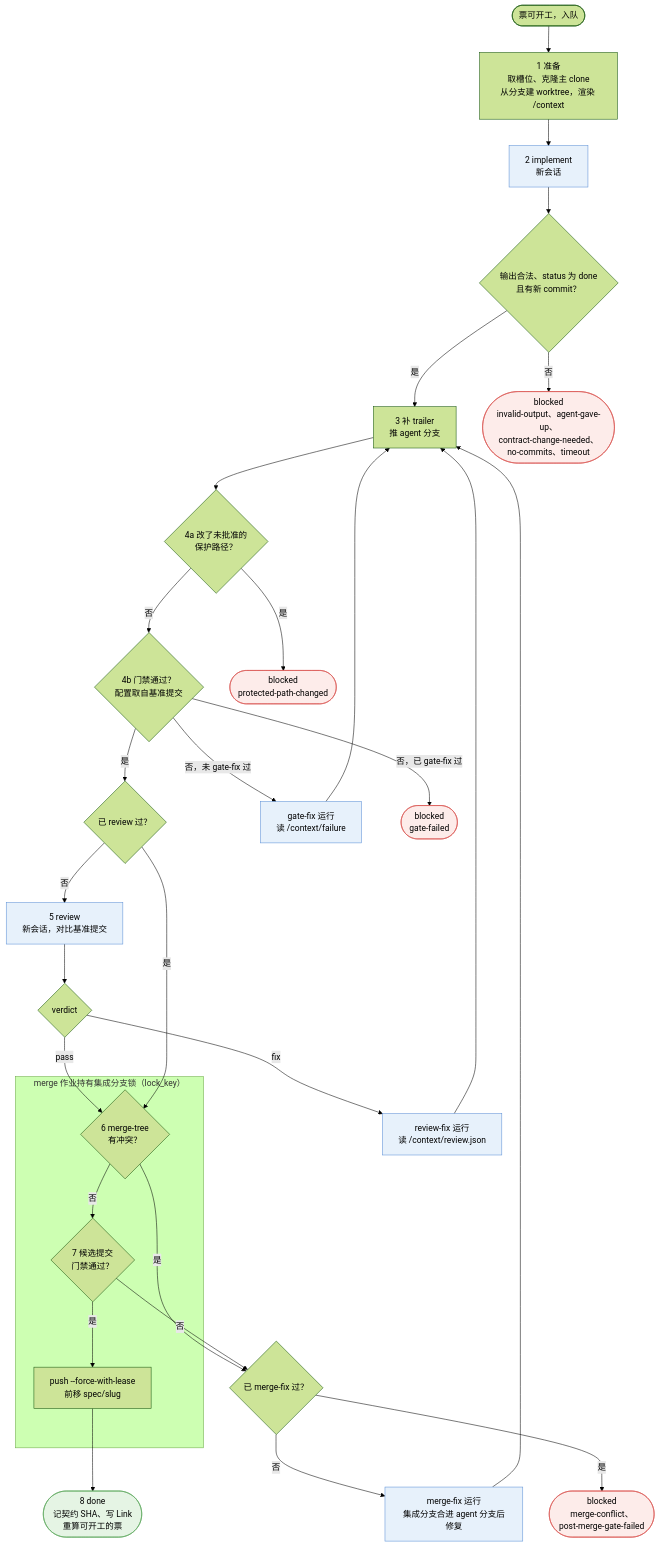
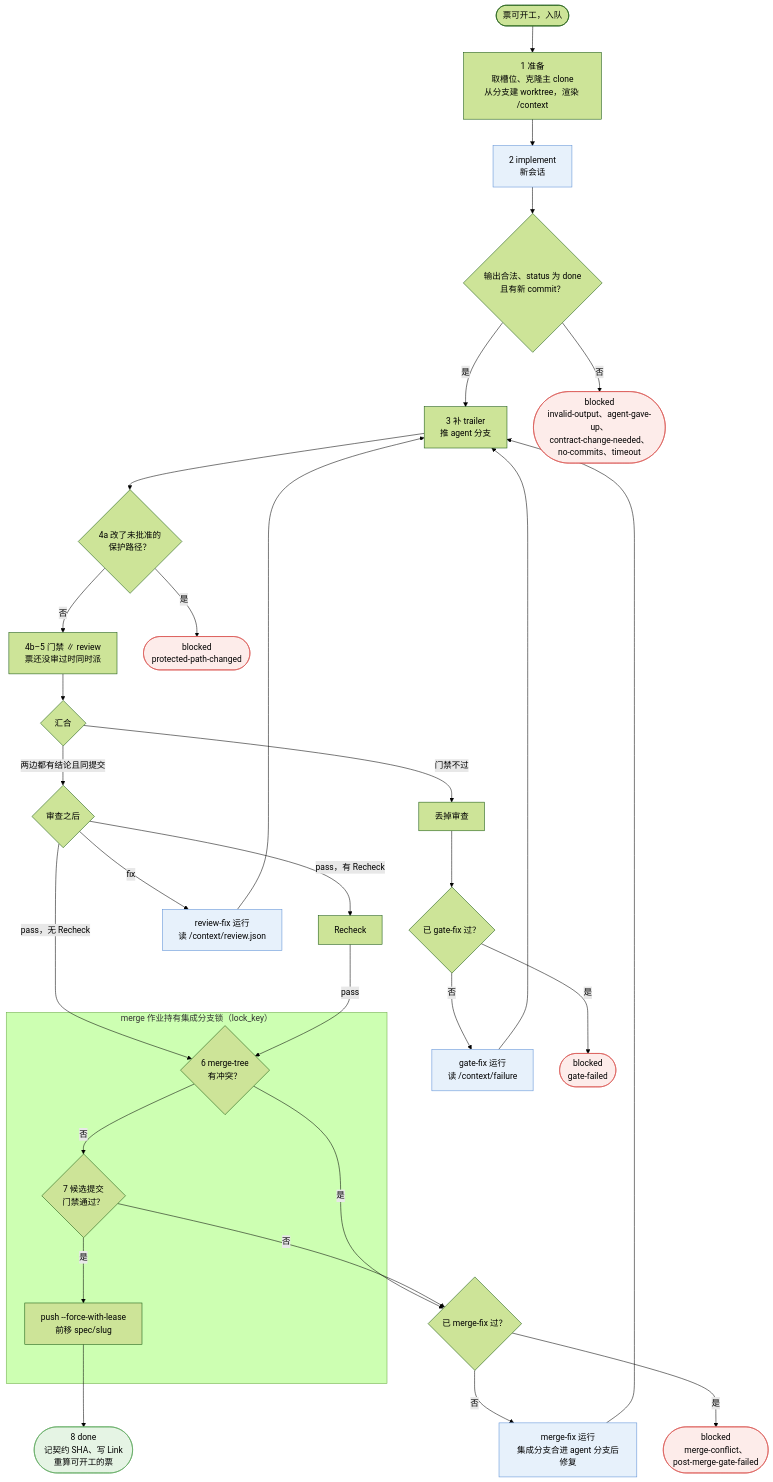
The tenth of 24 diagrams in docs/design.md (xxh171015/afk-platform), drawn with Mermaid (forest theme) before and after one commit. The commit also changed other lines of this file and 17 other files, not shown here.

First line of the commit message:
Show 门禁 + 审查 while gate and review run in parallel.

````diff
--- a/docs/design.md
+++ b/docs/design.md
@@ -585,43 +585,45 @@
 ```mermaid
 flowchart TD
     %% 先画主路径，再画失败分支，让主路径排成一条竖线
     start(["票可开工，入队"]) --> prep["1 准备<br/>取槽位、克隆主 clone<br/>从分支建 worktree，渲染 /context"]
     prep --> impl["2 implement<br/>新会话"]
     impl --> chk{"输出合法、status 为 done<br/>且有新 commit？"}
     chk -->|是| stamp["3 补 trailer<br/>推 agent 分支"]
     stamp --> prot{"4a 改了未批准的<br/>保护路径？"}
-    prot -->|否| gate{"4b 门禁通过？<br/>配置取自基准提交"}
-    gate -->|是| reviewed{"已 review 过？"}
-    reviewed -->|否| rev["5 review<br/>新会话，对比基准提交"]
-    rev --> verdict{"verdict"}
-    verdict -->|pass| mt
-    reviewed -->|是| mt
+    prot -->|否| parallel["4b–5 门禁 ∥ review<br/>票还没审过时同时派"]
+    parallel --> join{"汇合"}
+    join -->|两边都有结论且同提交| after{"审查之后"}
+    after -->|pass，无 Recheck| mt
+    after -->|pass，有 Recheck| recheck["Recheck"]
+    recheck -->|pass| mt
+    after -->|fix| rfix["review-fix 运行<br/>读 /context/review.json"]
+    rfix --> stamp
+    join -->|门禁不过| drop["丢掉审查"]
     subgraph lock["merge 作业持有集成分支锁（lock_key）"]
         mt{"6 merge-tree<br/>有冲突？"}
         pg{"7 候选提交<br/>门禁通过？"}
         adv["push --force-with-lease<br/>前移 spec/slug"]
         mt -->|否| pg
         pg -->|是| adv
     end
     adv --> fin(["8 done<br/>记契约 SHA、写 Link<br/>重算可开工的票"])
 
     chk -->|否| b1(["blocked<br/>invalid-output、agent-gave-up、<br/>contract-change-needed、no-commits、timeout"])
     prot -->|是| b2(["blocked<br/>protected-path-changed"])
-    gate -->|否，未 gate-fix 过| gfix["gate-fix 运行<br/>读 /context/failure"]
+    drop --> gfixq{"已 gate-fix 过？"}
+    gfixq -->|否| gfix["gate-fix 运行<br/>读 /context/failure"]
     gfix --> stamp
-    gate -->|否，已 gate-fix 过| b3(["blocked<br/>gate-failed"])
-    verdict -->|fix| rfix["review-fix 运行<br/>读 /context/review.json"]
-    rfix --> stamp
+    gfixq -->|是| b3(["blocked<br/>gate-failed"])
     mt -->|是| mq{"已 merge-fix 过？"}
     pg -->|否| mq
     mq -->|否| mfix["merge-fix 运行<br/>集成分支合进 agent 分支后修复"]
     mfix --> stamp
     mq -->|是| b4(["blocked<br/>merge-conflict、<br/>post-merge-gate-failed"])
 
     classDef bad fill:#fdecea,stroke:#d9534f
     classDef agentRun fill:#e7f1fb,stroke:#5b8fd6
     classDef ok fill:#e5f4e4,stroke:#5aa55a
     class b1,b2,b3,b4 bad
     class impl,gfix,rev,rfix,mfix agentRun
     class fin ok
 ```
````
